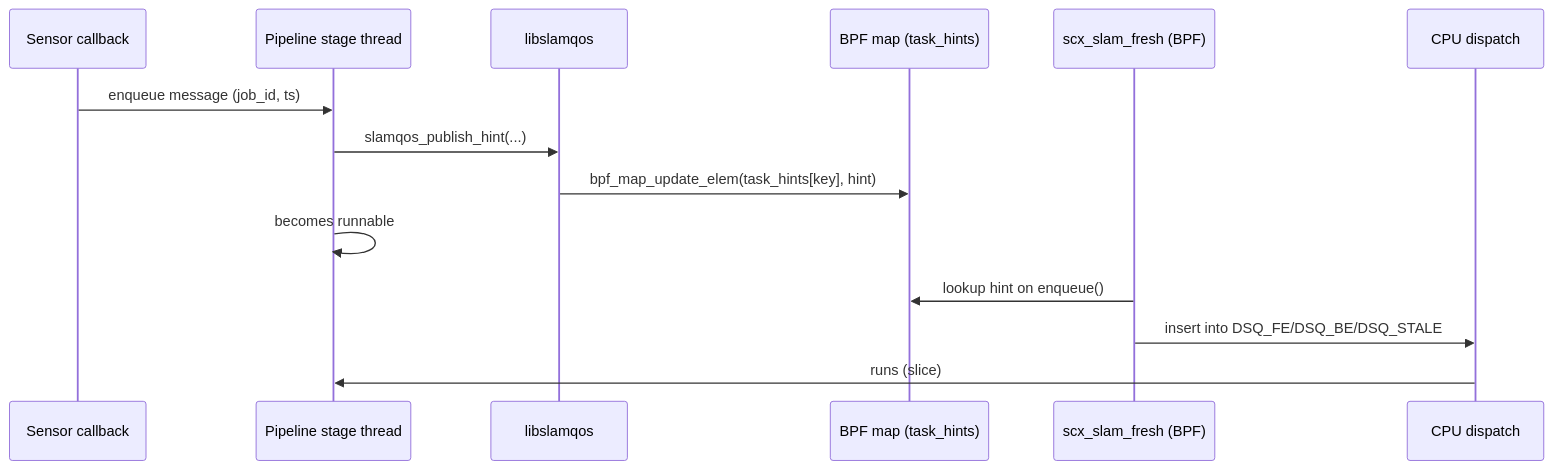
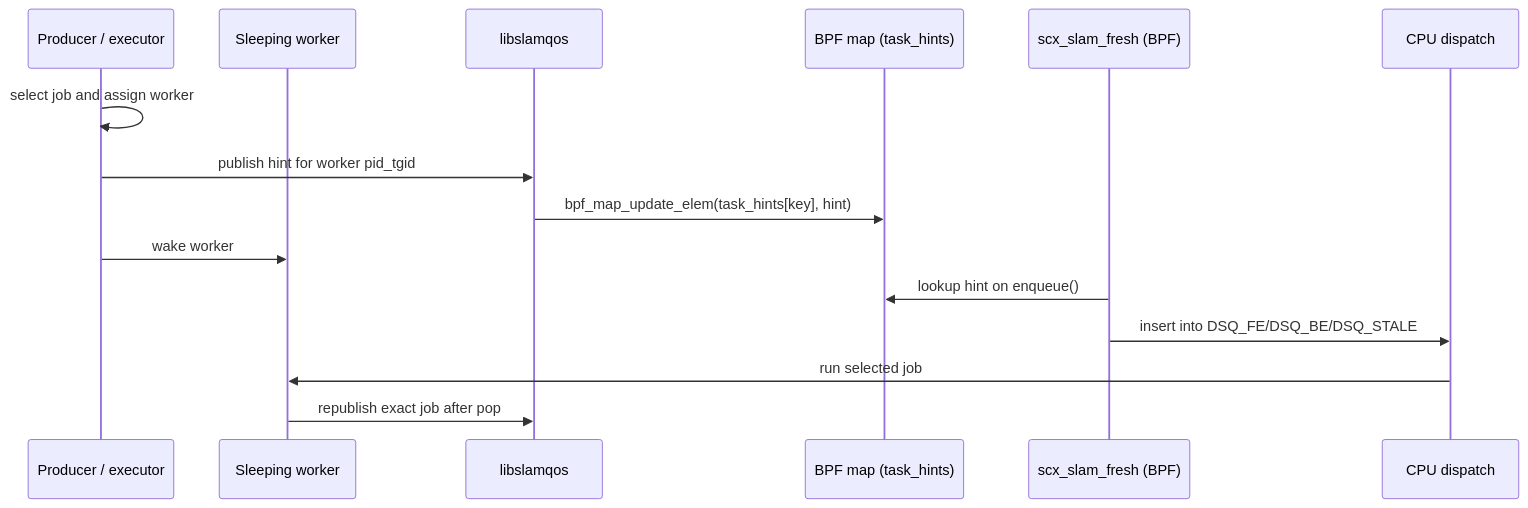
The diagram in docs/DESIGN_HINTS_API.md (seldak/scx-slam-fresh), drawn with Mermaid before and after one commit. The commit also changed other lines of this file and 1 other file, not shown here.

First line of the commit message:
docs: hints: define the executor publication contract

````diff
--- a/docs/DESIGN_HINTS_API.md
+++ b/docs/DESIGN_HINTS_API.md
@@ -19,17 +27,18 @@
 ```mermaid
 sequenceDiagram
-  participant Sensor as Sensor callback
-  participant Stage as Pipeline stage thread
+  participant Producer as Producer / executor
+  participant Worker as Sleeping worker
   participant QoS as libslamqos
   participant Map as BPF map (task_hints)
   participant SCX as scx_slam_fresh (BPF)
   participant CPU as CPU dispatch
 
-  Sensor->>Stage: enqueue message (job_id, ts)
-  Stage->>QoS: slamqos_publish_hint(...)
+  Producer->>Producer: select job and assign worker
+  Producer->>QoS: publish hint for worker pid_tgid
   QoS->>Map: bpf_map_update_elem(task_hints[key], hint)
-  Stage->>Stage: becomes runnable
+  Producer->>Worker: wake worker
   SCX->>Map: lookup hint on enqueue()
   SCX->>CPU: insert into DSQ_FE/DSQ_BE/DSQ_STALE
-  CPU->>Stage: runs (slice)
+  CPU->>Worker: run selected job
+  Worker->>QoS: republish exact job after pop
 ```
````
